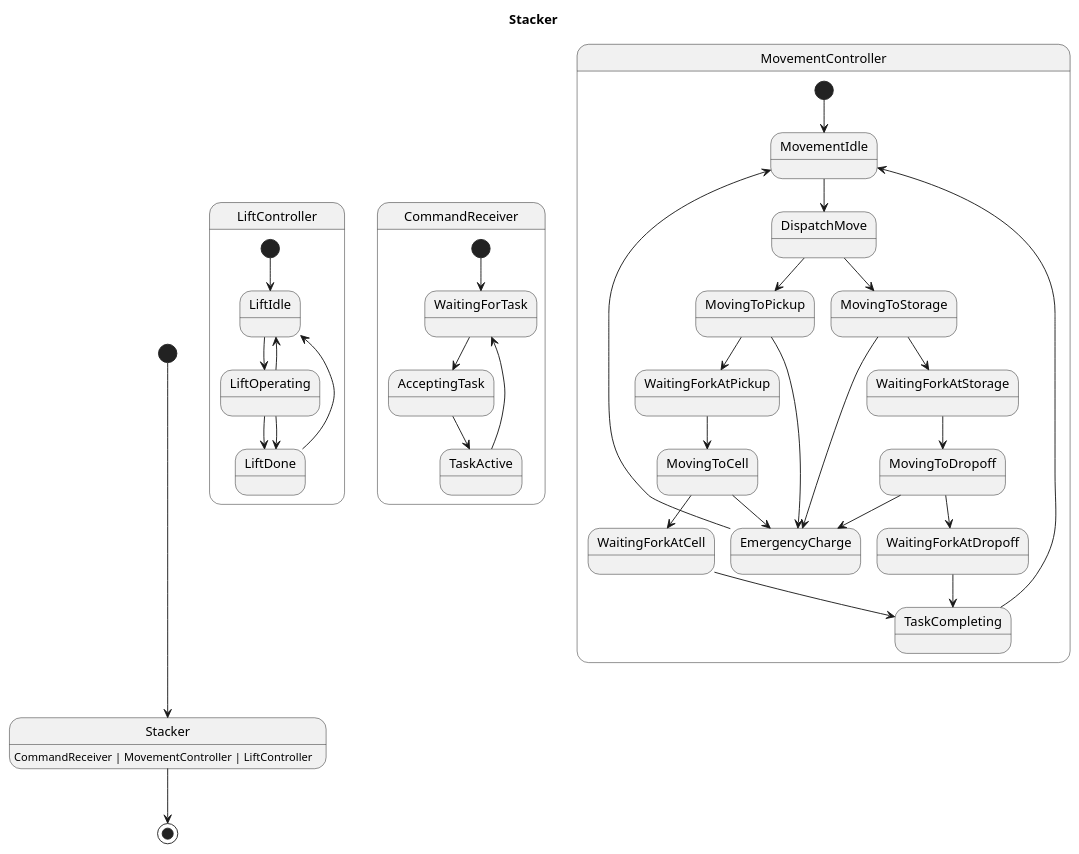
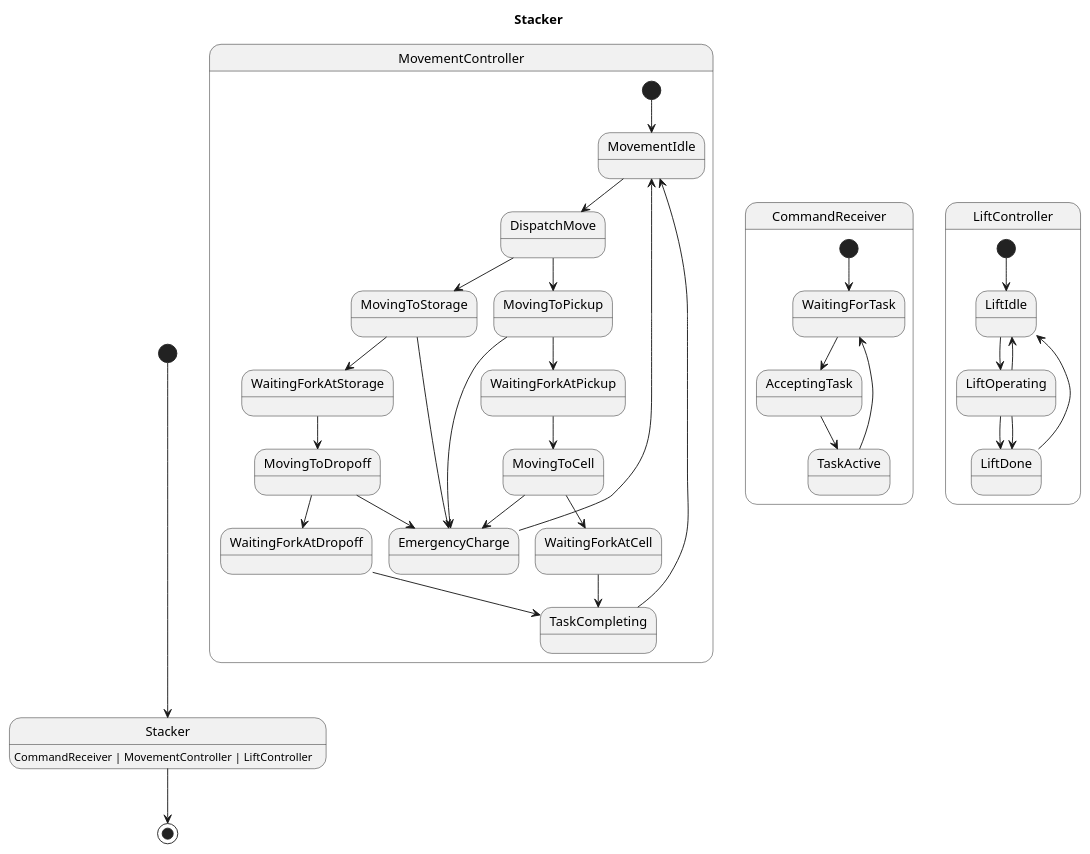
One commit to Pastor/Takt changed the diagram in examples/generated/plantuml/stacker.puml. Above: the diagram before and after it, drawn with PlantUML. The commit also changed other lines of this file and 27 other files, not shown here.

```diff
--- a/examples/generated/plantuml/stacker.puml
+++ b/examples/generated/plantuml/stacker.puml
@@ -1,45 +1,45 @@
 @startuml
 title Stacker
 
 [*] --> Stacker
 Stacker : CommandReceiver | MovementController | LiftController
 Stacker --> [*]
 
-state LiftController {
-    [*] --> LiftIdle
-    LiftIdle --> LiftOperating
-    LiftOperating --> LiftDone
-    LiftOperating --> LiftDone
-    LiftOperating --> LiftIdle
-    LiftDone --> LiftIdle
+state MovementController {
+    [*] --> MovementIdle
+    MovementIdle --> DispatchMove
+    EmergencyCharge --> MovementIdle
+    MovingToCell --> WaitingForkAtCell
+    MovingToCell --> EmergencyCharge
+    MovingToPickup --> WaitingForkAtPickup
+    MovingToPickup --> EmergencyCharge
+    TaskCompleting --> MovementIdle
+    WaitingForkAtPickup --> MovingToCell
+    WaitingForkAtStorage --> MovingToDropoff
+    MovingToDropoff --> WaitingForkAtDropoff
+    MovingToDropoff --> EmergencyCharge
+    MovingToStorage --> WaitingForkAtStorage
+    MovingToStorage --> EmergencyCharge
+    DispatchMove --> MovingToPickup
+    DispatchMove --> MovingToStorage
+    WaitingForkAtDropoff --> TaskCompleting
+    WaitingForkAtCell --> TaskCompleting
 }
 
 state CommandReceiver {
     [*] --> WaitingForTask
     AcceptingTask --> TaskActive
     TaskActive --> WaitingForTask
     WaitingForTask --> AcceptingTask
 }
 
-state MovementController {
-    [*] --> MovementIdle
-    WaitingForkAtPickup --> MovingToCell
-    MovementIdle --> DispatchMove
-    MovingToPickup --> WaitingForkAtPickup
-    MovingToPickup --> EmergencyCharge
-    DispatchMove --> MovingToPickup
-    DispatchMove --> MovingToStorage
-    WaitingForkAtCell --> TaskCompleting
-    TaskCompleting --> MovementIdle
-    EmergencyCharge --> MovementIdle
-    WaitingForkAtStorage --> MovingToDropoff
-    MovingToDropoff --> WaitingForkAtDropoff
-    MovingToDropoff --> EmergencyCharge
-    MovingToStorage --> WaitingForkAtStorage
-    MovingToStorage --> EmergencyCharge
-    MovingToCell --> WaitingForkAtCell
-    MovingToCell --> EmergencyCharge
-    WaitingForkAtDropoff --> TaskCompleting
+state LiftController {
+    [*] --> LiftIdle
+    LiftOperating --> LiftDone
+    LiftOperating --> LiftDone
+    LiftOperating --> LiftIdle
+    LiftIdle --> LiftOperating
+    LiftDone --> LiftIdle
 }
 
 @enduml
```
